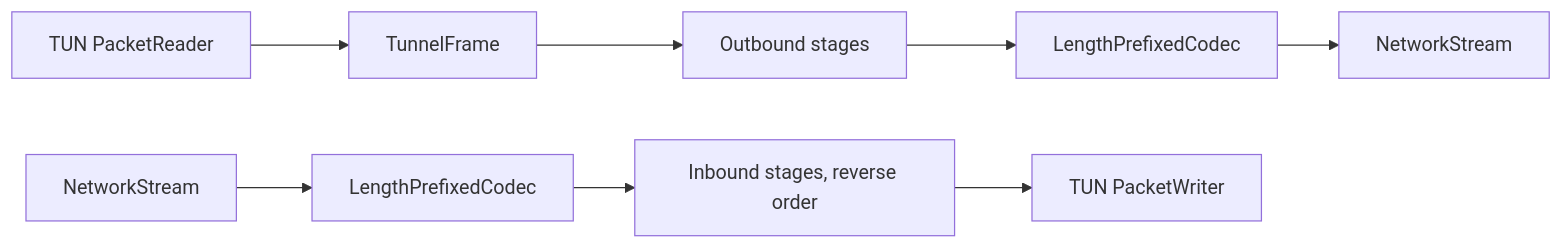
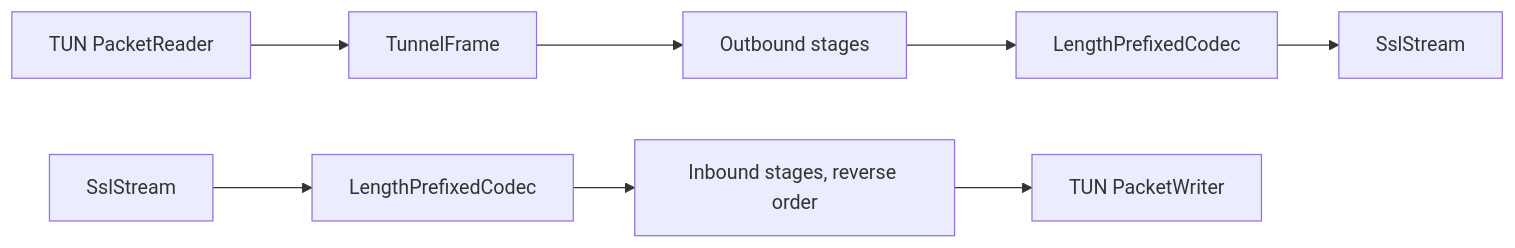
One commit to podkolzzzin/VPNSample changed the third of 7 diagrams in ARCHITECTURE.md. Above: the diagram before and after it, drawn with Mermaid. The commit also changed other lines of this file and 19 other files, not shown here.

````diff
--- a/ARCHITECTURE.md
+++ b/ARCHITECTURE.md
@@ -92,11 +96,11 @@
 ```mermaid
 flowchart LR
     TunRead[TUN PacketReader] --> Frame[TunnelFrame]
     Frame --> Outbound[Outbound stages]
     Outbound --> Codec[LengthPrefixedCodec]
-    Codec --> TcpWrite[NetworkStream]
+    Codec --> TcpWrite[SslStream]
 
-    TcpRead[NetworkStream] --> Decode[LengthPrefixedCodec]
+    TcpRead[SslStream] --> Decode[LengthPrefixedCodec]
     Decode --> Inbound[Inbound stages, reverse order]
     Inbound --> TunWrite[TUN PacketWriter]
 ```
````
